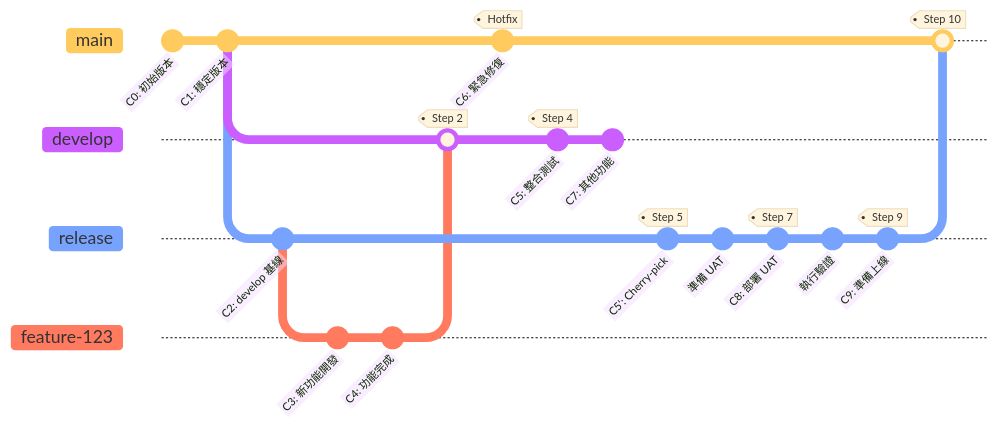
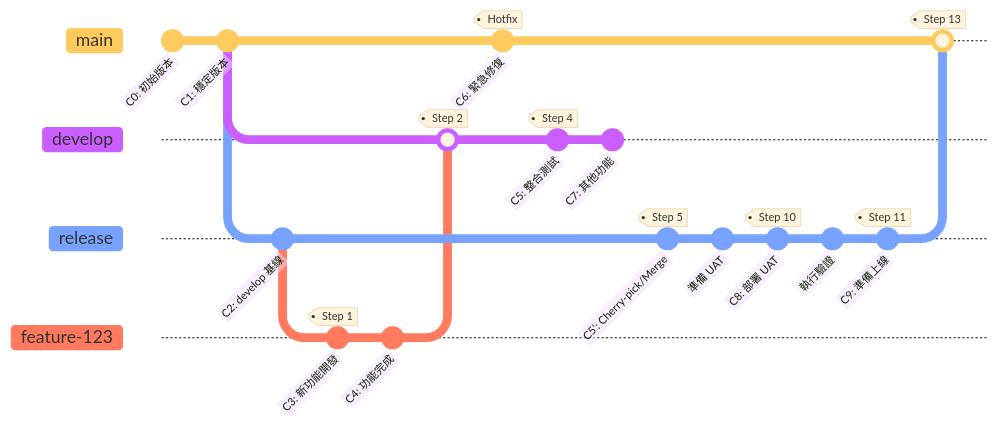
Before and after one commit to almightyken0425/KnowledgeVault: the first of 2 diagrams in SIT/ReleaseWorkFlow.md, drawn with Mermaid.

````diff
--- a/SIT/ReleaseWorkFlow.md
+++ b/SIT/ReleaseWorkFlow.md
@@ -9,35 +9,35 @@
 ```mermaid
 %%{init: {'theme':'base', 'gitGraph': {'showCommitLabel': true, 'mainBranchName': 'main'}}}%%
 gitGraph
     commit id: "C0: 初始版本"
     commit id: "C1: 穩定版本"
     
     branch develop
     branch release
     commit id: "C2: develop 基線"
     
     checkout release
     branch feature-123
-    commit id: "C3: 新功能開發"
+    commit id: "C3: 新功能開發" tag: "Step 1"
     commit id: "C4: 功能完成"
     
     checkout develop
     merge feature-123 tag: "Step 2"
     
     checkout main
     commit id: "C6: 緊急修復" tag: "Hotfix"
     
     checkout develop
     commit id: "C5: 整合測試" tag: "Step 4"
     commit id: "C7: 其他功能"
     
     checkout release
-    commit id: "C5': Cherry-pick" tag: "Step 5"
+    commit id: "C5': Cherry-pick/Merge" tag: "Step 5"
     commit id: "準備 UAT"
-    commit id: "C8: 部署 UAT" tag: "Step 7"
+    commit id: "C8: 部署 UAT" tag: "Step 10"
     commit id: "執行驗證"
-    commit id: "C9: 準備上線" tag: "Step 9"
+    commit id: "C9: 準備上線" tag: "Step 11"
     
     checkout main
-    merge release tag: "Step 10"
+    merge release tag: "Step 13"
 ```
````
